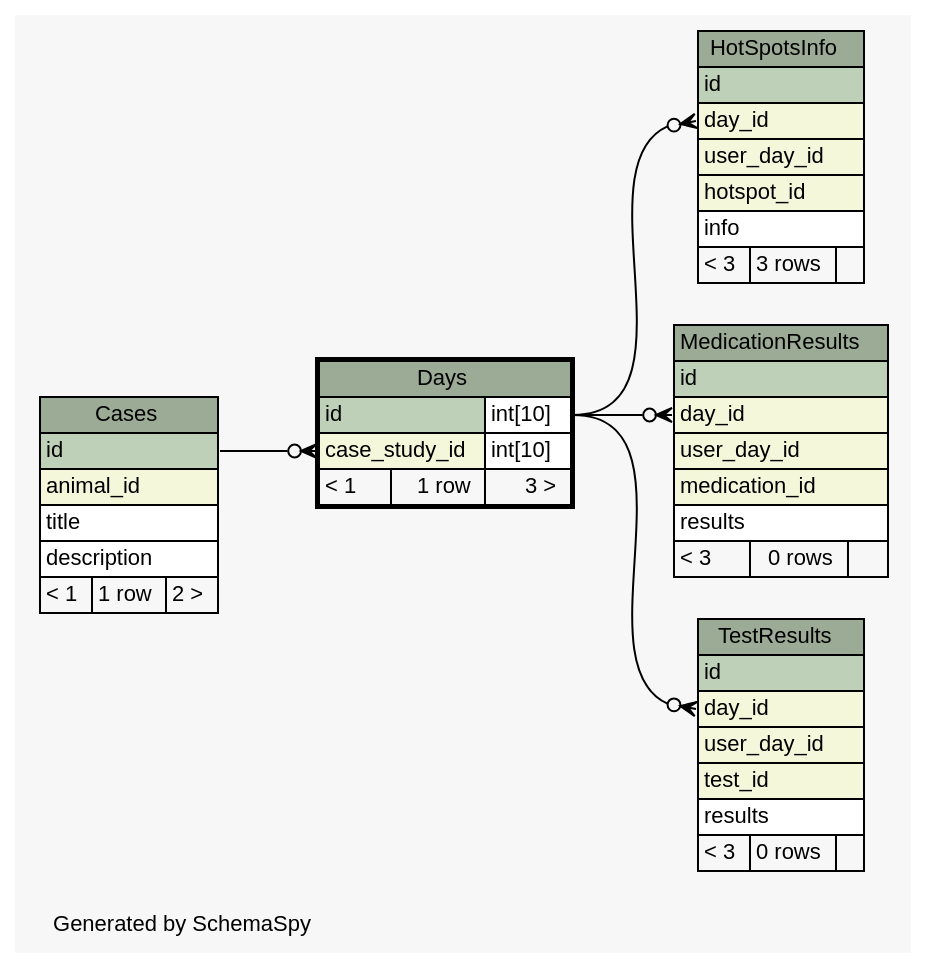
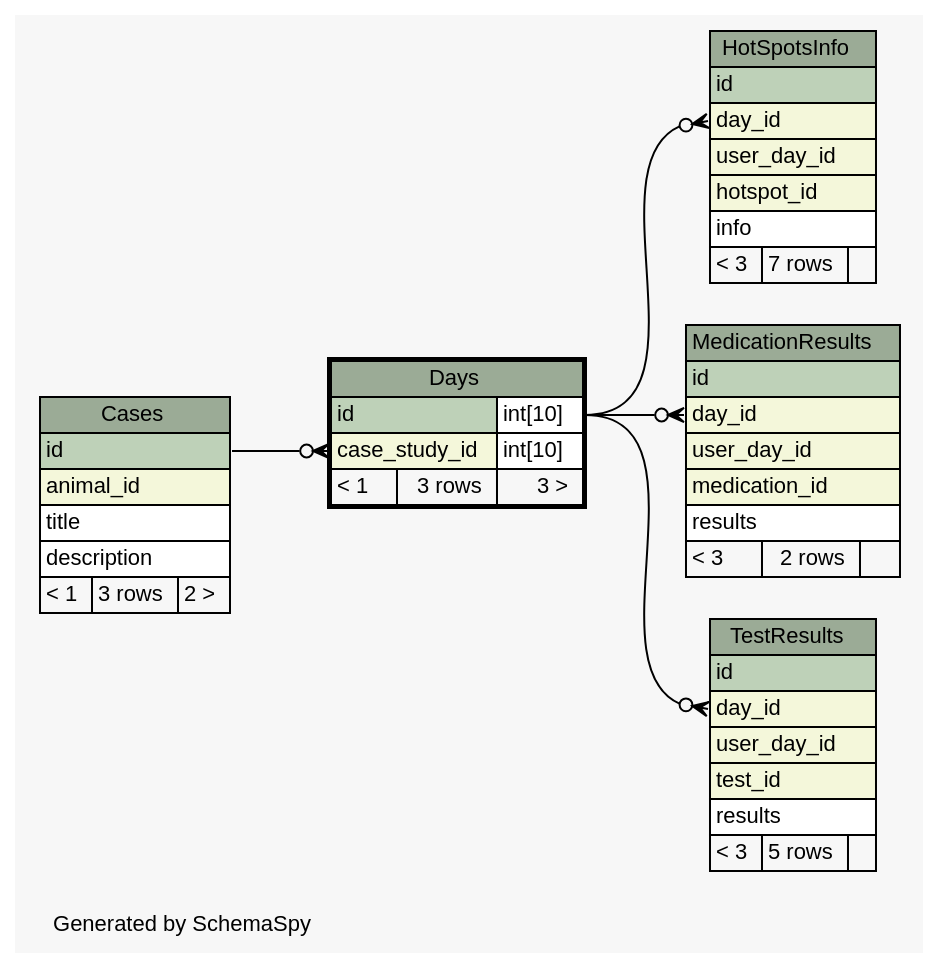
The diagram in web/files/schema/diagrams/Days.1degree.dot (carrel2/CaseStudies), drawn with Graphviz before and after one commit. The commit also changed 206 other files, not shown here.

```diff
--- a/web/files/schema/diagrams/Days.1degree.dot
+++ b/web/files/schema/diagrams/Days.1degree.dot
@@ -1,92 +1,92 @@
-// dot 2.38.0 on Linux 4.4.0-72-generic
+// dot 2.38.0 on Linux 4.4.0-77-generic
 // SchemaSpy rev 590
 digraph "oneDegreeRelationshipsDiagram" {
   graph [
     rankdir="RL"
     bgcolor="#f7f7f7"
     label="\nGenerated by SchemaSpy"
     labeljust="l"
     nodesep="0.18"
     ranksep="0.46"
     fontname="Helvetica"
     fontsize="11"
   ];
   node [
     fontname="Helvetica"
     fontsize="11"
     shape="plaintext"
   ];
   edge [
     arrowsize="0.8"
   ];
   "Days":"case_study_id":w -> "Cases":"id":e [arrowhead=none dir=back arrowtail=crowodot];
   "HotSpotsInfo":"day_id":w -> "Days":"id.type":e [arrowhead=none dir=back arrowtail=crowodot];
   "MedicationResults":"day_id":w -> "Days":"id.type":e [arrowhead=none dir=back arrowtail=crowodot];
   "TestResults":"day_id":w -> "Days":"id.type":e [arrowhead=none dir=back arrowtail=crowodot];
   "Cases" [
     label=<
     <TABLE BORDER="0" CELLBORDER="1" CELLSPACING="0" BGCOLOR="#ffffff">
       <TR><TD COLSPAN="3" BGCOLOR="#9bab96" ALIGN="CENTER">Cases</TD></TR>
       <TR><TD PORT="id" COLSPAN="3" BGCOLOR="#bed1b8" ALIGN="LEFT">id</TD></TR>
       <TR><TD PORT="animal_id" COLSPAN="3" BGCOLOR="#f4f7da" ALIGN="LEFT">animal_id</TD></TR>
       <TR><TD PORT="title" COLSPAN="3" ALIGN="LEFT">title</TD></TR>
       <TR><TD PORT="description" COLSPAN="3" ALIGN="LEFT">description</TD></TR>
-      <TR><TD ALIGN="LEFT" BGCOLOR="#f7f7f7">&lt; 1</TD><TD ALIGN="RIGHT" BGCOLOR="#f7f7f7">1 row</TD><TD ALIGN="RIGHT" BGCOLOR="#f7f7f7">2 &gt;</TD></TR>
+      <TR><TD ALIGN="LEFT" BGCOLOR="#f7f7f7">&lt; 1</TD><TD ALIGN="RIGHT" BGCOLOR="#f7f7f7">3 rows</TD><TD ALIGN="RIGHT" BGCOLOR="#f7f7f7">2 &gt;</TD></TR>
     </TABLE>>
     URL="Cases.html"
     tooltip="Cases"
   ];
   "Days" [
     label=<
     <TABLE BORDER="2" CELLBORDER="1" CELLSPACING="0" BGCOLOR="#ffffff">
       <TR><TD COLSPAN="3" BGCOLOR="#9bab96" ALIGN="CENTER">Days</TD></TR>
       <TR><TD PORT="id" COLSPAN="2" BGCOLOR="#bed1b8" ALIGN="LEFT">id</TD><TD PORT="id.type" ALIGN="LEFT">int[10]</TD></TR>
       <TR><TD PORT="case_study_id" COLSPAN="2" BGCOLOR="#f4f7da" ALIGN="LEFT">case_study_id</TD><TD PORT="case_study_id.type" ALIGN="LEFT">int[10]</TD></TR>
-      <TR><TD ALIGN="LEFT" BGCOLOR="#f7f7f7">&lt; 1</TD><TD ALIGN="RIGHT" BGCOLOR="#f7f7f7">1 row</TD><TD ALIGN="RIGHT" BGCOLOR="#f7f7f7">3 &gt;</TD></TR>
+      <TR><TD ALIGN="LEFT" BGCOLOR="#f7f7f7">&lt; 1</TD><TD ALIGN="RIGHT" BGCOLOR="#f7f7f7">3 rows</TD><TD ALIGN="RIGHT" BGCOLOR="#f7f7f7">3 &gt;</TD></TR>
     </TABLE>>
     URL="Days.html"
     tooltip="Days"
   ];
   "HotSpotsInfo" [
     label=<
     <TABLE BORDER="0" CELLBORDER="1" CELLSPACING="0" BGCOLOR="#ffffff">
       <TR><TD COLSPAN="3" BGCOLOR="#9bab96" ALIGN="CENTER">HotSpotsInfo</TD></TR>
       <TR><TD PORT="id" COLSPAN="3" BGCOLOR="#bed1b8" ALIGN="LEFT">id</TD></TR>
       <TR><TD PORT="day_id" COLSPAN="3" BGCOLOR="#f4f7da" ALIGN="LEFT">day_id</TD></TR>
       <TR><TD PORT="user_day_id" COLSPAN="3" BGCOLOR="#f4f7da" ALIGN="LEFT">user_day_id</TD></TR>
       <TR><TD PORT="hotspot_id" COLSPAN="3" BGCOLOR="#f4f7da" ALIGN="LEFT">hotspot_id</TD></TR>
       <TR><TD PORT="info" COLSPAN="3" ALIGN="LEFT">info</TD></TR>
-      <TR><TD ALIGN="LEFT" BGCOLOR="#f7f7f7">&lt; 3</TD><TD ALIGN="RIGHT" BGCOLOR="#f7f7f7">3 rows</TD><TD ALIGN="RIGHT" BGCOLOR="#f7f7f7">  </TD></TR>
+      <TR><TD ALIGN="LEFT" BGCOLOR="#f7f7f7">&lt; 3</TD><TD ALIGN="RIGHT" BGCOLOR="#f7f7f7">7 rows</TD><TD ALIGN="RIGHT" BGCOLOR="#f7f7f7">  </TD></TR>
     </TABLE>>
     URL="HotSpotsInfo.html"
     tooltip="HotSpotsInfo"
   ];
   "MedicationResults" [
     label=<
     <TABLE BORDER="0" CELLBORDER="1" CELLSPACING="0" BGCOLOR="#ffffff">
       <TR><TD COLSPAN="3" BGCOLOR="#9bab96" ALIGN="CENTER">MedicationResults</TD></TR>
       <TR><TD PORT="id" COLSPAN="3" BGCOLOR="#bed1b8" ALIGN="LEFT">id</TD></TR>
       <TR><TD PORT="day_id" COLSPAN="3" BGCOLOR="#f4f7da" ALIGN="LEFT">day_id</TD></TR>
       <TR><TD PORT="user_day_id" COLSPAN="3" BGCOLOR="#f4f7da" ALIGN="LEFT">user_day_id</TD></TR>
       <TR><TD PORT="medication_id" COLSPAN="3" BGCOLOR="#f4f7da" ALIGN="LEFT">medication_id</TD></TR>
       <TR><TD PORT="results" COLSPAN="3" ALIGN="LEFT">results</TD></TR>
-      <TR><TD ALIGN="LEFT" BGCOLOR="#f7f7f7">&lt; 3</TD><TD ALIGN="RIGHT" BGCOLOR="#f7f7f7">0 rows</TD><TD ALIGN="RIGHT" BGCOLOR="#f7f7f7">  </TD></TR>
+      <TR><TD ALIGN="LEFT" BGCOLOR="#f7f7f7">&lt; 3</TD><TD ALIGN="RIGHT" BGCOLOR="#f7f7f7">2 rows</TD><TD ALIGN="RIGHT" BGCOLOR="#f7f7f7">  </TD></TR>
     </TABLE>>
     URL="MedicationResults.html"
     tooltip="MedicationResults"
   ];
   "TestResults" [
     label=<
     <TABLE BORDER="0" CELLBORDER="1" CELLSPACING="0" BGCOLOR="#ffffff">
       <TR><TD COLSPAN="3" BGCOLOR="#9bab96" ALIGN="CENTER">TestResults</TD></TR>
       <TR><TD PORT="id" COLSPAN="3" BGCOLOR="#bed1b8" ALIGN="LEFT">id</TD></TR>
       <TR><TD PORT="day_id" COLSPAN="3" BGCOLOR="#f4f7da" ALIGN="LEFT">day_id</TD></TR>
       <TR><TD PORT="user_day_id" COLSPAN="3" BGCOLOR="#f4f7da" ALIGN="LEFT">user_day_id</TD></TR>
       <TR><TD PORT="test_id" COLSPAN="3" BGCOLOR="#f4f7da" ALIGN="LEFT">test_id</TD></TR>
       <TR><TD PORT="results" COLSPAN="3" ALIGN="LEFT">results</TD></TR>
-      <TR><TD ALIGN="LEFT" BGCOLOR="#f7f7f7">&lt; 3</TD><TD ALIGN="RIGHT" BGCOLOR="#f7f7f7">0 rows</TD><TD ALIGN="RIGHT" BGCOLOR="#f7f7f7">  </TD></TR>
+      <TR><TD ALIGN="LEFT" BGCOLOR="#f7f7f7">&lt; 3</TD><TD ALIGN="RIGHT" BGCOLOR="#f7f7f7">5 rows</TD><TD ALIGN="RIGHT" BGCOLOR="#f7f7f7">  </TD></TR>
     </TABLE>>
     URL="TestResults.html"
     tooltip="TestResults"
   ];
 }
```
